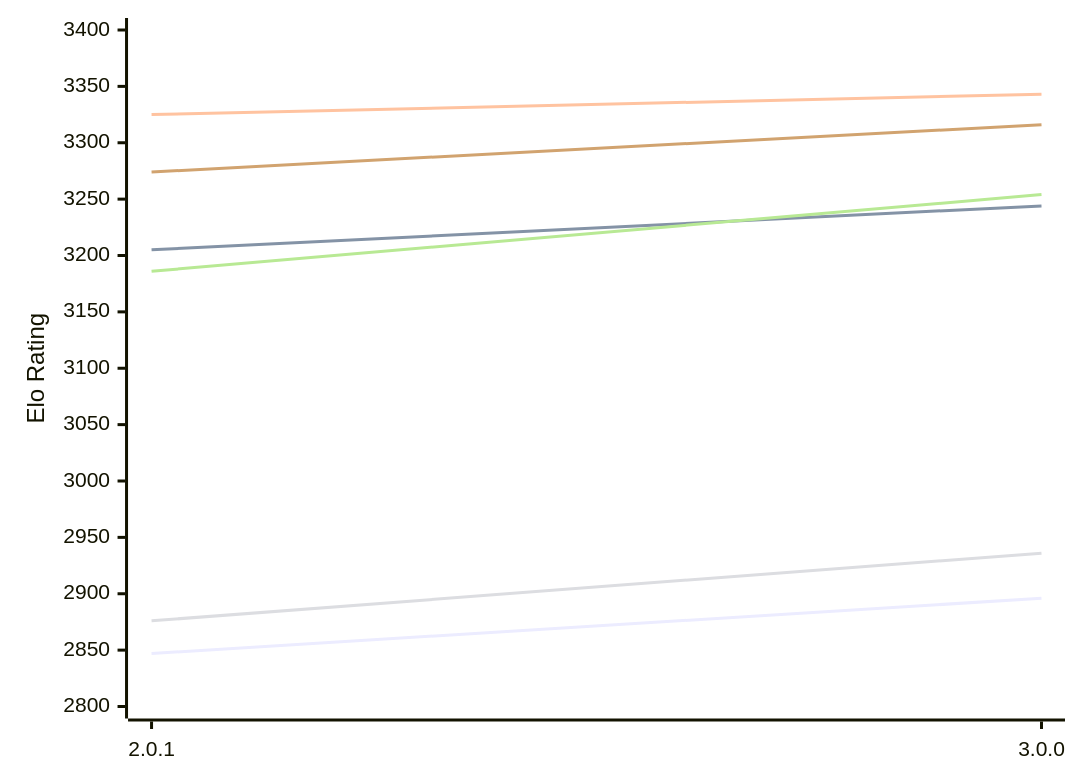
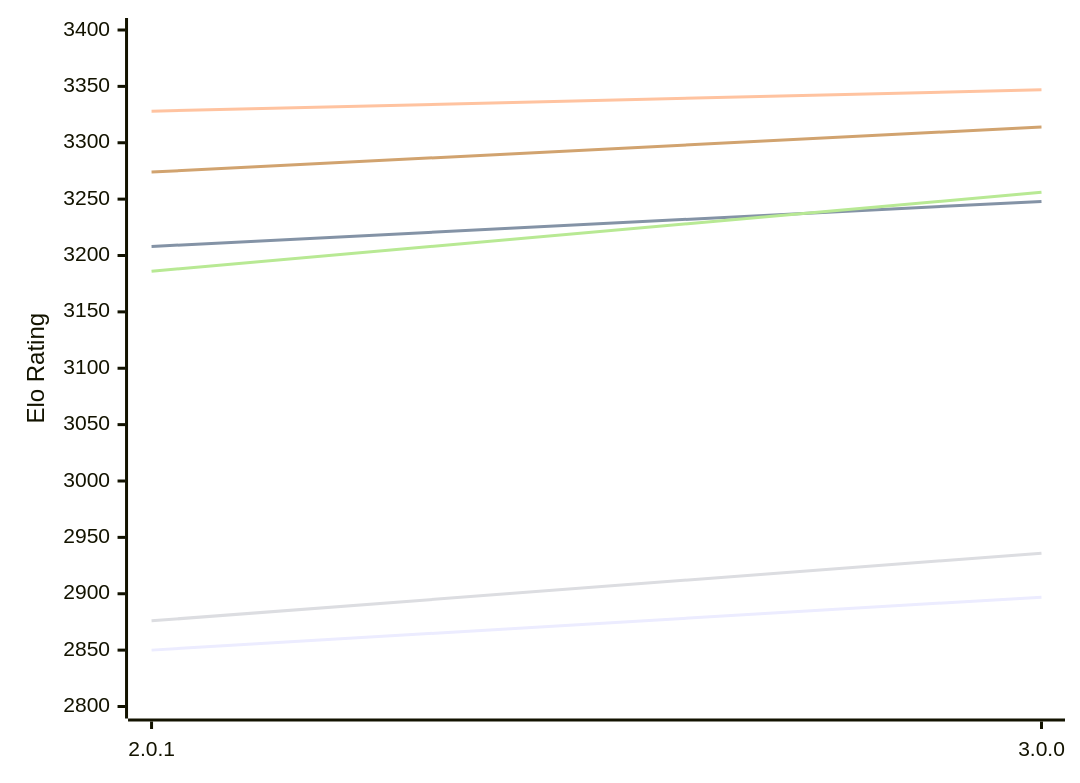
The first of 2 diagrams in engines/Grail.md (computer-chess-index/cci), drawn with Mermaid before and after one commit. The commit also changed other lines of this file, not shown here.

Commit message:
Update CCI Ratings (ELO VLTC) - 2026-11-22

````diff
--- a/engines/Grail.md
+++ b/engines/Grail.md
@@ -56,12 +56,12 @@
 ```mermaid
 %%{init: {"theme":"base","themeVariables":{"seriesColors:['#a3a3a3','#222221','#faa371']}}}%%
 xychart-beta
   x-axis ["2.0.1", "3.0.0"]
   y-axis "Elo Rating" 2800 --> 3400
-  line "E1: STC (8.0+0.08s)" [2847, 2896]
-  line "E1: LTC (60.0+0.60s)" [3205, 3244]
-  line "E1: VLTC (2m24s+1.12s)" [3325, 3343]
+  line "E1: STC (8.0+0.08s)" [2850, 2897]
+  line "E1: LTC (60.0+0.60s)" [3208, 3248]
+  line "E1: VLTC (2m24s+1.12s)" [3328, 3347]
   line "P1: STC (8.0+0.08s)" [2876, 2936]
-  line "P1: LTC (60.0+0.60s)" [3186, 3254]
-  line "P1: VLTC (2m24s+1.12s)" [3274, 3316]
+  line "P1: LTC (60.0+0.60s)" [3186, 3256]
+  line "P1: VLTC (2m24s+1.12s)" [3274, 3314]
 ```
````
